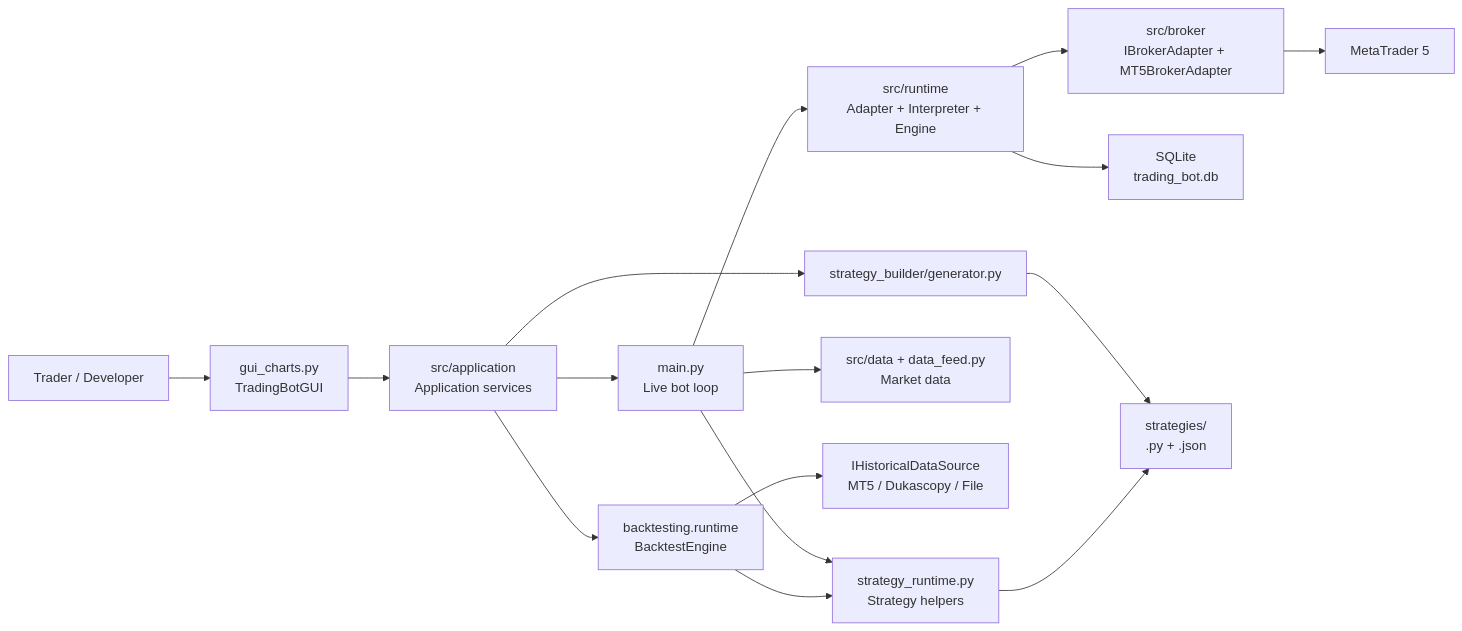
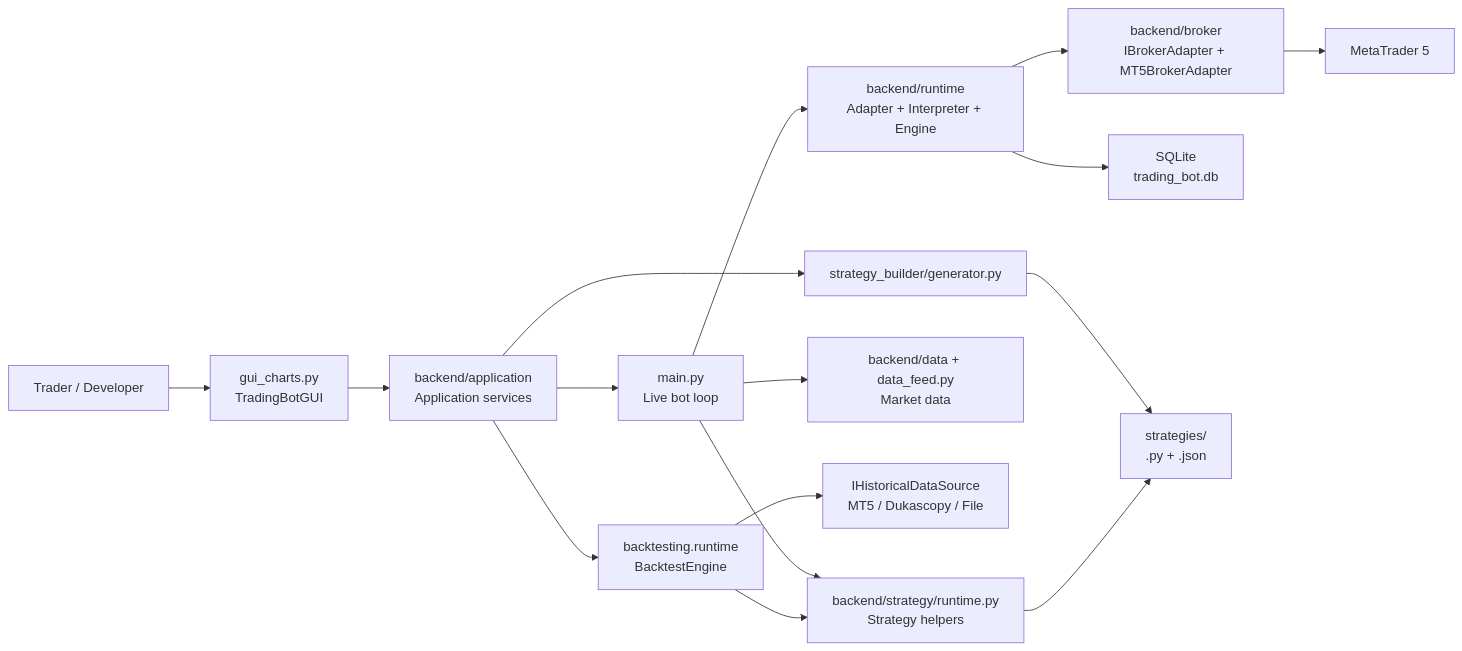
One commit to aloantony/strategy-forge changed the first of 2 diagrams in docs/DocsTradingSystemObsidian/00-system-map.md. Above: the diagram before and after it, drawn with Mermaid. The commit also changed other lines of this file and 673 other files, not shown here.

````diff
--- a/docs/DocsTradingSystemObsidian/00-system-map.md
+++ b/docs/DocsTradingSystemObsidian/00-system-map.md
@@ -25,18 +25,18 @@
 ```mermaid
 flowchart LR
   Trader["Trader / Developer"] --> GUI["gui_charts.py\nTradingBotGUI"]
-  GUI --> Services["src/application\nApplication services"]
+  GUI --> Services["backend/application\nApplication services"]
   Services --> Live["main.py\nLive bot loop"]
   Services --> BT["backtesting.runtime\nBacktestEngine"]
-  Live --> SR["strategy_runtime.py\nStrategy helpers"]
+  Live --> SR["backend/strategy/runtime.py\nStrategy helpers"]
   BT --> SR
-  Live --> RuntimeV1["src/runtime\nAdapter + Interpreter + Engine"]
-  RuntimeV1 --> Broker["src/broker\nIBrokerAdapter + MT5BrokerAdapter"]
+  Live --> RuntimeV1["backend/runtime\nAdapter + Interpreter + Engine"]
+  RuntimeV1 --> Broker["backend/broker\nIBrokerAdapter + MT5BrokerAdapter"]
   Broker --> MT5["MetaTrader 5"]
-  Live --> Data["src/data + data_feed.py\nMarket data"]
+  Live --> Data["backend/data + data_feed.py\nMarket data"]
   BT --> Hist["IHistoricalDataSource\nMT5 / Dukascopy / File"]
   RuntimeV1 --> DB["SQLite\ntrading_bot.db"]
   Services --> Builder["strategy_builder/generator.py"]
   Builder --> Strategies["strategies/\n.py + .json"]
   SR --> Strategies
 ```
````
